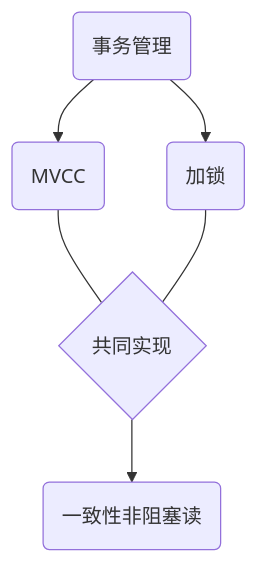
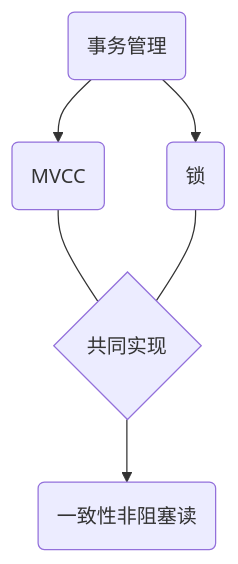
Before and after one commit to pishizuiqiang/Markdown: the diagram in 数据库.md, drawn with Mermaid.

Commit message:
数据库.md updated from https://stackedit.io/

````diff
--- a/数据库.md
+++ b/数据库.md
@@ -4,8 +4,8 @@
 ```mermaid
 graph TB
 shiwu(事务管理)-->mvcc(MVCC)
-shiwu-->suo(加锁)
+shiwu-->suo(锁)
 mvcc---gong{共同实现}
 suo---gong
 gong-->result(一致性非阻塞读)
 ```
````
